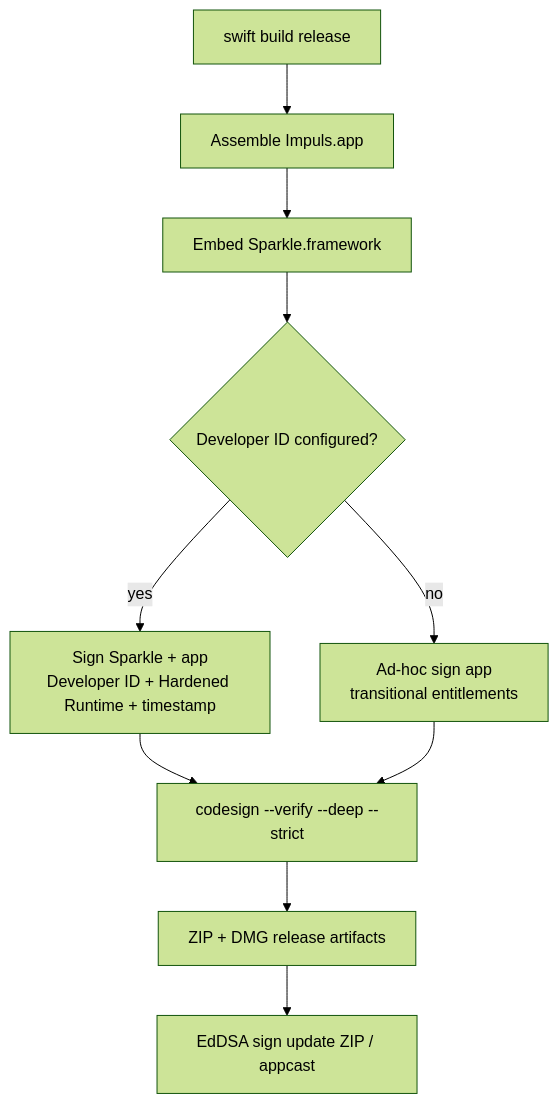
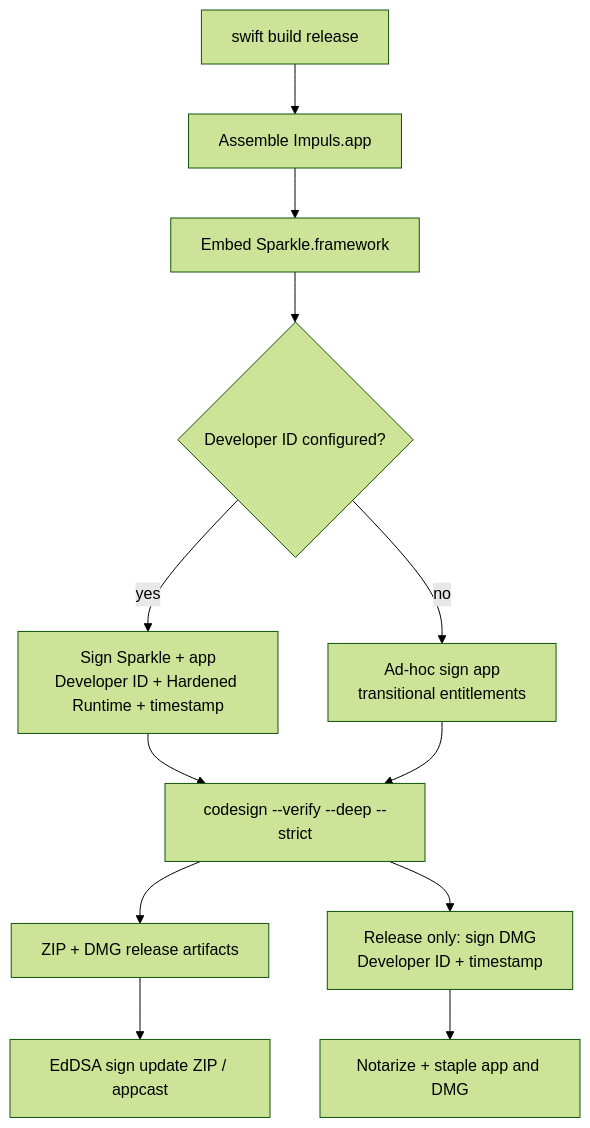
The diagram in knowledge-base/03-macos/signing-distribution.md (TumanovNV/impuls), drawn with Mermaid (forest theme) before and after one commit. The commit also changed other lines of this file and 5 other files, not shown here.

````diff
--- a/knowledge-base/03-macos/signing-distribution.md
+++ b/knowledge-base/03-macos/signing-distribution.md
@@ -23,12 +23,14 @@
 ```mermaid
 flowchart TD
     BUILD[swift build release] --> APP[Assemble Impuls.app]
     APP --> SP[Embed Sparkle.framework]
     SP --> S{Developer ID configured?}
     S -->|yes| DID[Sign Sparkle + app\nDeveloper ID + Hardened Runtime + timestamp]
     S -->|no| AD[Ad-hoc sign app\ntransitional entitlements]
     DID --> VERIFY[codesign --verify --deep --strict]
     AD --> VERIFY
     VERIFY --> ZIP[ZIP + DMG release artifacts]
     ZIP --> ED[EdDSA sign update ZIP / appcast]
+    VERIFY --> DMGSIGN[Release only: sign DMG\nDeveloper ID + timestamp]
+    DMGSIGN --> NOT[Notarize + staple app and DMG]
 ```
````
